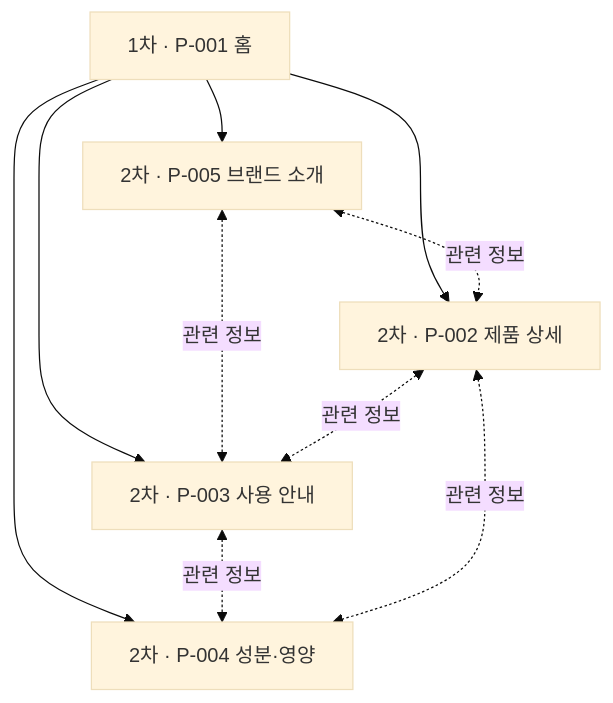
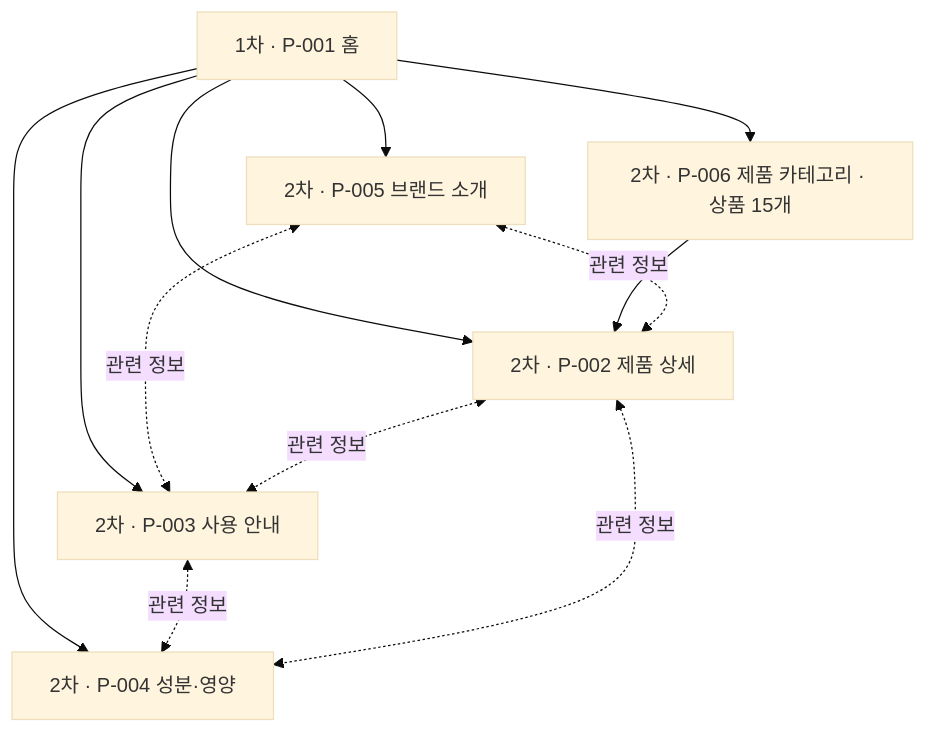
Before and after one commit to marthakim1-ship-it/Agent: the diagram in kje/UIUXA/WIREFRAME/설계 출력물/사이트 구조맵/사이트맵.mmd, drawn with Mermaid (base theme). The commit also changed 21 other files, not shown here.

```diff
--- a/kje/UIUXA/WIREFRAME/설계 출력물/사이트 구조맵/사이트맵.mmd
+++ b/kje/UIUXA/WIREFRAME/설계 출력물/사이트 구조맵/사이트맵.mmd
@@ -1,16 +1,19 @@
 flowchart TD
     HOME["1차 · P-001 홈"]
     DETAIL["2차 · P-002 제품 상세"]
     GUIDE["2차 · P-003 사용 안내"]
     TRUST["2차 · P-004 성분·영양"]
     BRAND["2차 · P-005 브랜드 소개"]
+    CATEGORY["2차 · P-006 제품 카테고리 · 상품 15개"]
 
     HOME --> DETAIL
     HOME --> GUIDE
     HOME --> TRUST
     HOME --> BRAND
+    HOME --> CATEGORY
+    CATEGORY --> DETAIL
     BRAND <-. "관련 정보" .-> DETAIL
     BRAND <-. "관련 정보" .-> GUIDE
     DETAIL <-. "관련 정보" .-> GUIDE
     GUIDE <-. "관련 정보" .-> TRUST
     DETAIL <-. "관련 정보" .-> TRUST
```
